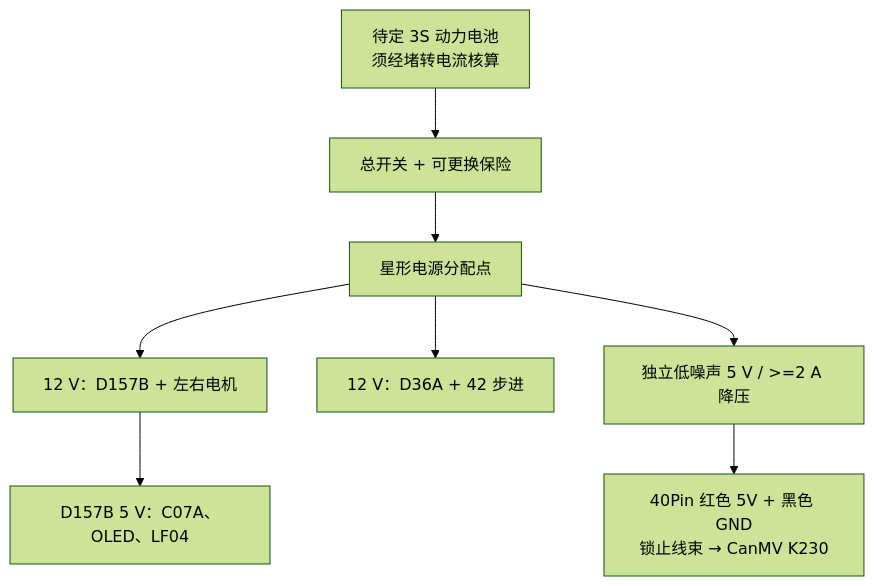
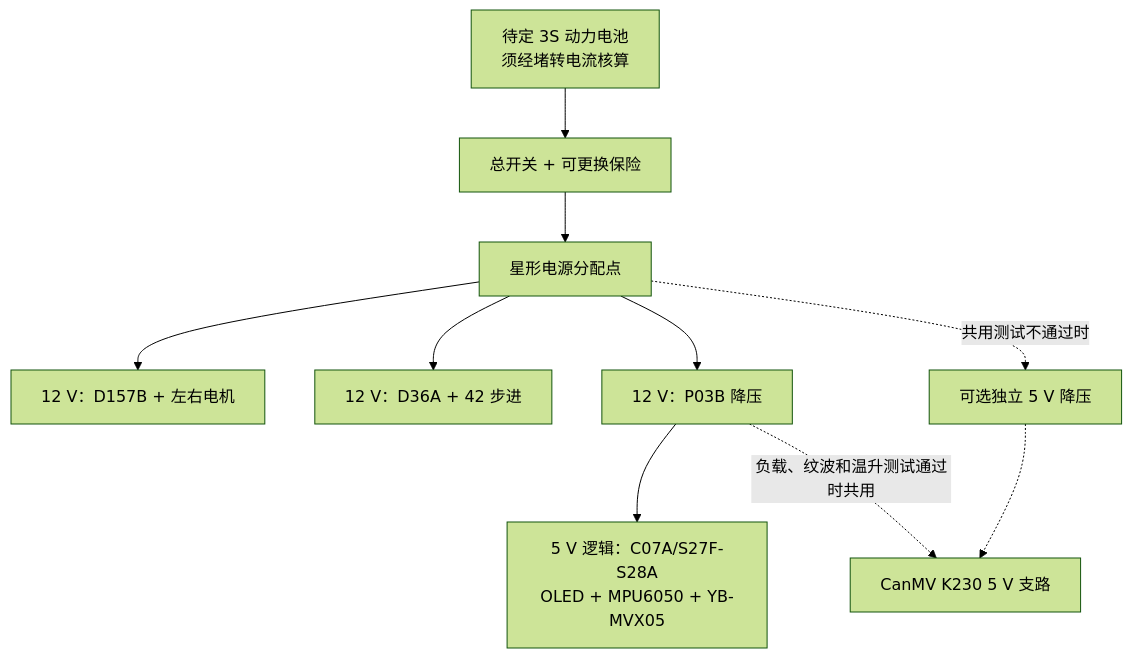
Before and after one commit to Cris7z/ElectronicDesignContest2026: the second of 2 diagrams in NUEDC2026_Car/docs/H2026_ARCHITECTURE.md, drawn with Mermaid (forest theme). The commit also changed other lines of this file and 8 other files, not shown here.

Commit message:
Correct modular controller and line sensor architecture

````diff
--- a/NUEDC2026_Car/docs/H2026_ARCHITECTURE.md
+++ b/NUEDC2026_Car/docs/H2026_ARCHITECTURE.md
@@ -191,10 +232,12 @@
 ```mermaid
 flowchart TD
     BAT["待定 3S 动力电池\n须经堵转电流核算"] --> SW["总开关 + 可更换保险"]
     SW --> PD["星形电源分配点"]
     PD --> D157["12 V：D157B + 左右电机"]
     PD --> D36["12 V：D36A + 42 步进"]
-    PD --> B5K["独立低噪声 5 V / >=2 A 降压"]
-    B5K --> K["40Pin 红色 5V + 黑色 GND\n锁止线束 → CanMV K230"]
-    D157 --> C07["D157B 5 V：C07A、OLED、LF04"]
+    PD --> P03["12 V：P03B 降压"]
+    P03 --> LOGIC["5 V 逻辑：C07A/S27F-S28A\nOLED + MPU6050 + YB-MVX05"]
+    P03 -.->|"负载、纹波和温升测试通过时共用"| K["CanMV K230 5 V 支路"]
+    PD -.->|"共用测试不通过时"| B5K["可选独立 5 V 降压"]
+    B5K -.-> K
 ```
````
